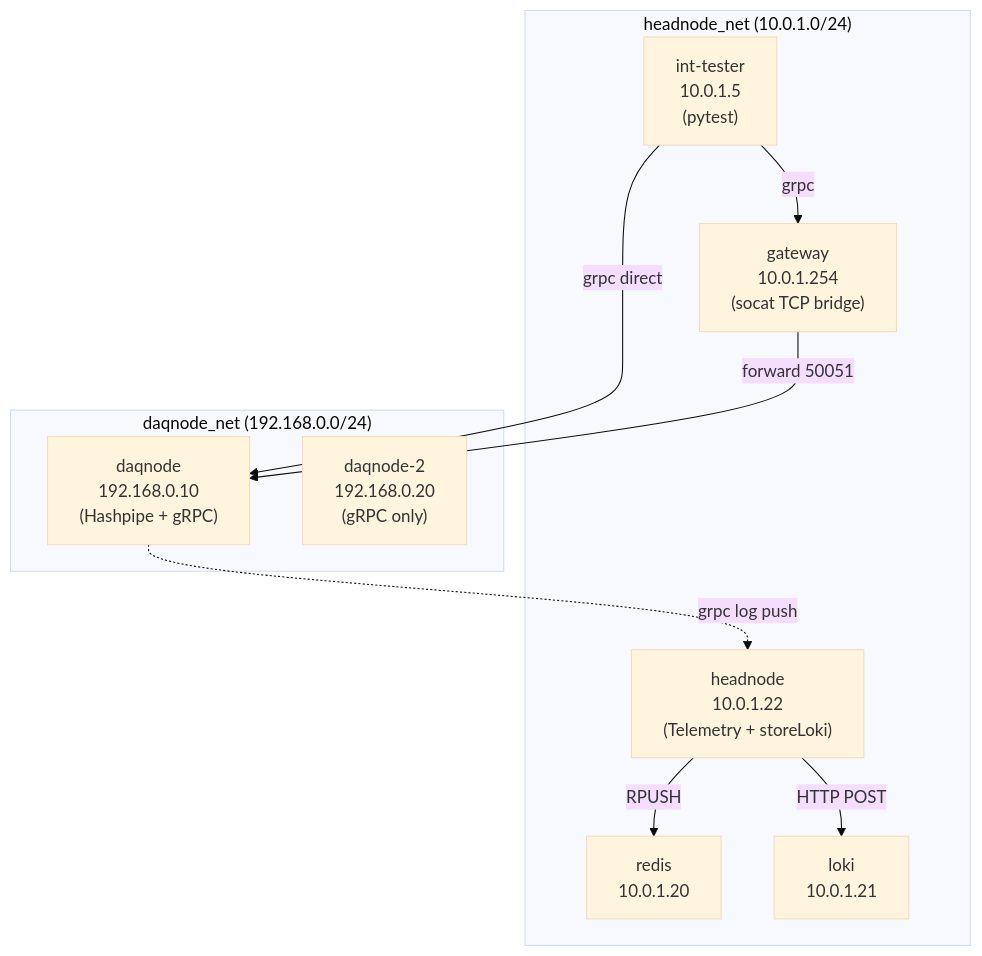
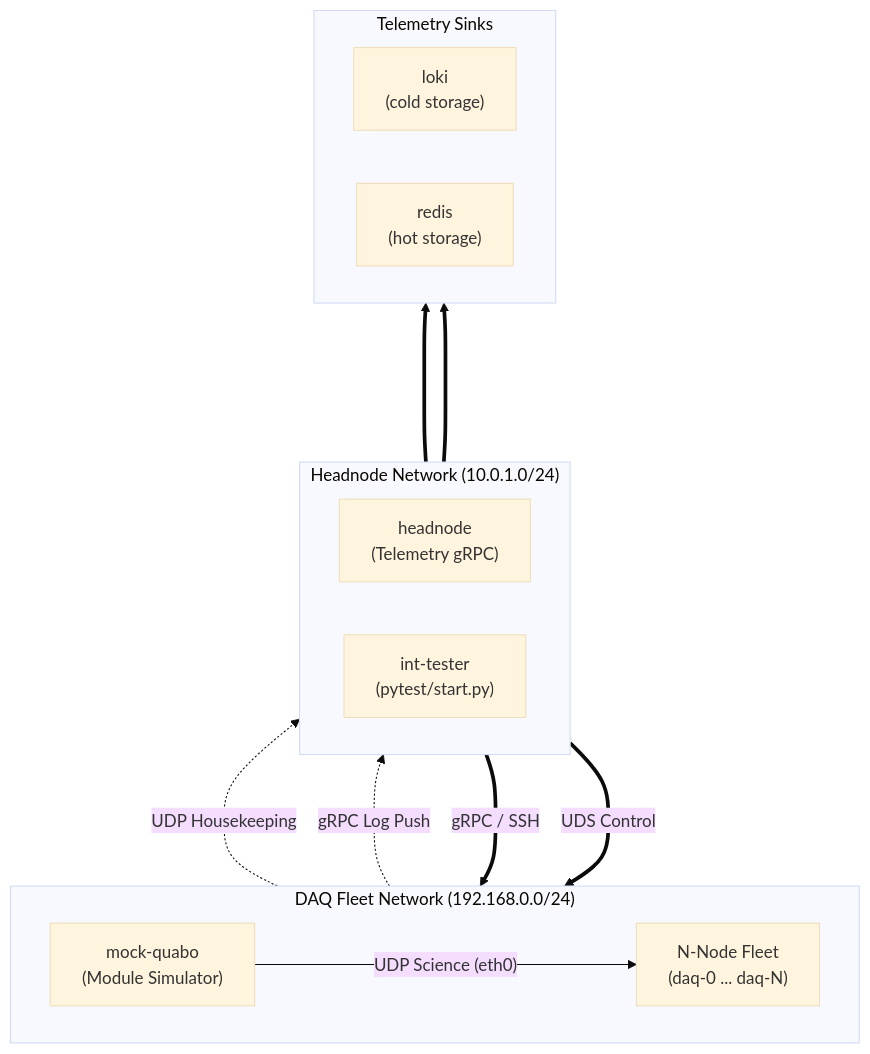
Before and after one commit to panoseti/panoseti: the second of 2 diagrams in control/ci/README.md, drawn with Mermaid (base theme). The commit also changed other lines of this file and 2 other files, not shown here.

````diff
--- a/control/ci/README.md
+++ b/control/ci/README.md
@@ -49,22 +98,34 @@
 ```mermaid
-graph TB
-    subgraph headnode_net["headnode_net (10.0.1.0/24)"]
-        TR["int-tester<br/>10.0.1.5<br/>(pytest)"]
-        GW["gateway<br/>10.0.1.254<br/>(socat TCP bridge)"]
-        REDIS["redis<br/>10.0.1.20"]
-        LOKI["loki<br/>10.0.1.21"]
-        HN["headnode<br/>10.0.1.22<br/>(Telemetry + storeLoki)"]
+graph BT
+    %% Sinks
+    subgraph sinks2 ["Telemetry Sinks"]
+        direction LR
+        LOKI2["loki<br/>(cold storage)"]
+        REDIS2["redis<br/>(hot storage)"]
     end
 
-    subgraph daqnode_net["daqnode_net (192.168.0.0/24)"]
-        DN1["daqnode<br/>192.168.0.10<br/>(Hashpipe + gRPC)"]
-        DN2["daqnode-2<br/>192.168.0.20<br/>(gRPC only)"]
+    %% Headnode
+    subgraph headnode_net2 ["Headnode Network (10.0.1.0/24)"]
+        direction LR
+        HN2["headnode<br/>(Telemetry gRPC)"]
+        TR2["int-tester<br/>(pytest/start.py)"]
     end
 
-    TR -->|grpc| GW
-    TR -->|grpc direct| DN1
-    GW -->|forward 50051| DN1
-    DN1 -.->|grpc log push| HN
-    HN -->|RPUSH| REDIS
-    HN -->|HTTP POST| LOKI
+    %% DAQ Fleet
+    subgraph daqnode_net2 ["DAQ Fleet Network (192.168.0.0/24)"]
+        direction LR
+        DN_FLEET["N-Node Fleet<br/>(daq-0 ... daq-N)"]
+        MQ2["mock-quabo<br/>(Module Simulator)"]
+    end
+
+    %% Logic/Telemetry Flows
+    MQ2  ---->|"UDP Science (eth0)"| DN_FLEET
+    MQ2  -.->|"UDP Housekeeping"| HN2
+    DN_FLEET -.->|"gRPC Log Push"| HN2
+    HN2  ====> REDIS2
+    HN2  ====> LOKI2
+
+    %% Orchestration
+    TR2  ===>|"gRPC / SSH"| DN_FLEET
+    TR2  ===>|"UDS Control"| MQ2
 ```
````
